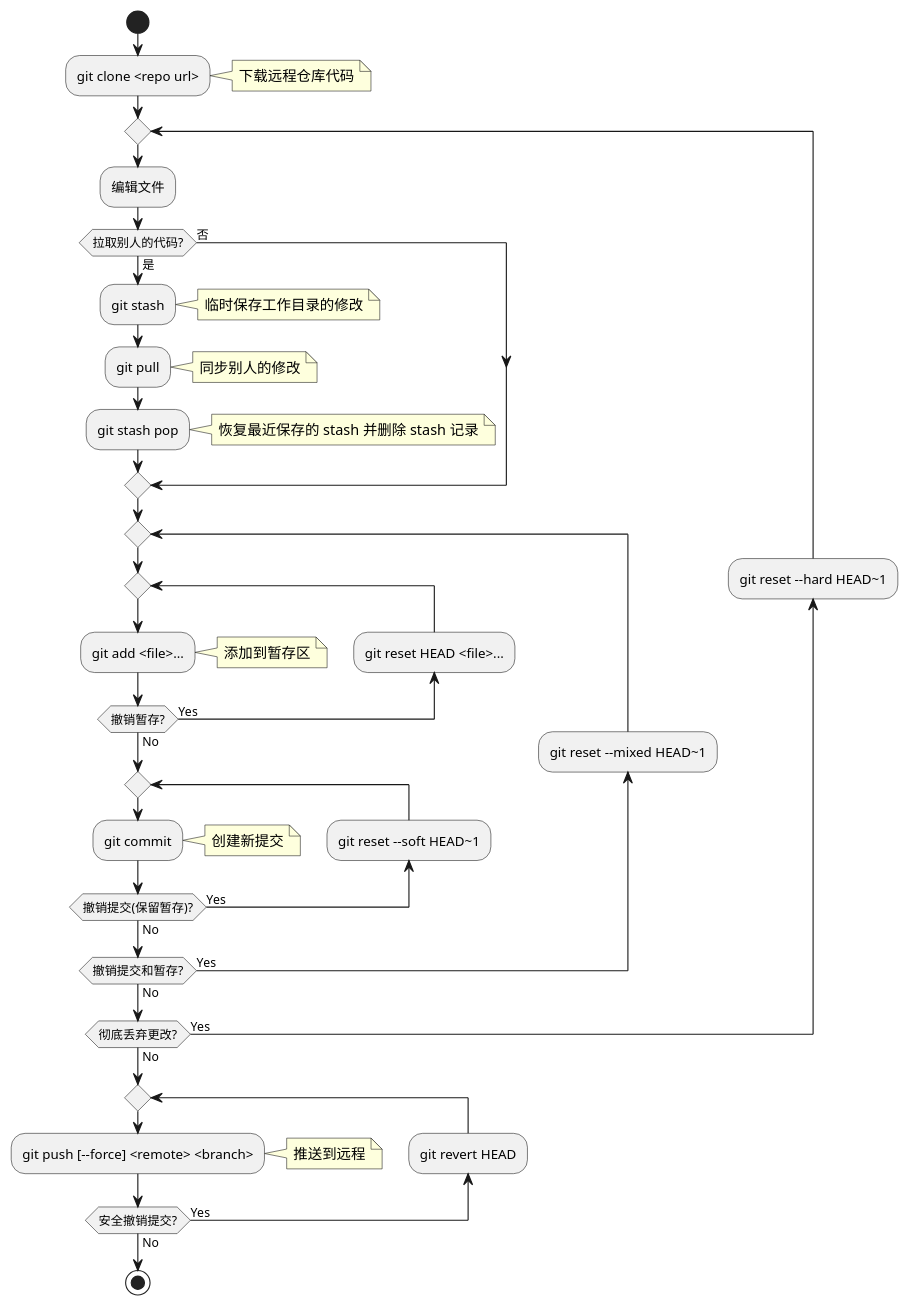
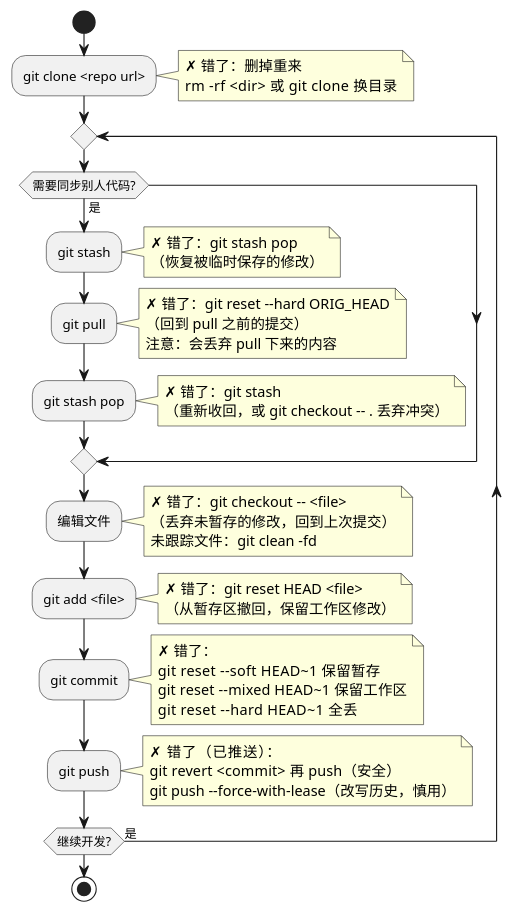
Before and after one commit to zhyantao/docs: the diagram in docs/cli/git.md, drawn with PlantUML.

Commit message:
Enhance git.md with error handling notes
Updated notes in the Git workflow diagram to include error handling and commands for common mistakes.

````diff
--- a/docs/cli/git.md
+++ b/docs/cli/git.md
@@ -77,51 +77,66 @@
 ```{uml}
 @startuml
 start
 
 :git clone <repo url>;
-note right:下载远程仓库代码
+note right
+  ✗ 错了：删掉重来
+  rm -rf <dir>  或  git clone 换目录
+end note
 
 repeat
-  :编辑文件;
 
-  if (拉取别人的代码?) then (否)
-  else (是)
+  if (需要同步别人代码?) then (是)
     :git stash;
-    note right:临时保存工作目录的修改
+    note right
+      ✗ 错了：git stash pop
+      （恢复被临时保存的修改）
+    end note
+
     :git pull;
-    note right:同步别人的修改
+    note right
+      ✗ 错了：git reset --hard ORIG_HEAD
+      （回到 pull 之前的提交）
+      注意：会丢弃 pull 下来的内容
+    end note
+
     :git stash pop;
-    note right:恢复最近保存的 stash 并删除 stash 记录
+    note right
+      ✗ 错了：git stash
+      （重新收回，或 git checkout -- . 丢弃冲突）
+    end note
   endif
 
-  repeat
-    repeat
-      :git add <file>...;
-      note right:添加到暂存区
+  :编辑文件;
+  note right
+    ✗ 错了：git checkout -- <file>
+    （丢弃未暂存的修改，回到上次提交）
+    未跟踪文件：git clean -fd
+  end note
 
-      backward:git reset HEAD <file>...;
-    repeat while (撤销暂存?) is (Yes) not (No)
+  :git add <file>;
+  note right
+    ✗ 错了：git reset HEAD <file>
+    （从暂存区撤回，保留工作区修改）
+  end note
 
-    repeat
-      :git commit;
-      note right:创建新提交
+  :git commit;
+  note right
+    ✗ 错了：
+    git reset --soft HEAD~1   保留暂存
+    git reset --mixed HEAD~1  保留工作区
+    git reset --hard HEAD~1   全丢
+  end note
 
-      backward:git reset --soft HEAD~1;
-    repeat while (撤销提交(保留暂存)?) is (Yes) not (No)
+  :git push;
+  note right
+    ✗ 错了（已推送）：
+    git revert <commit>  再 push（安全）
+    git push --force-with-lease（改写历史，慎用）
+  end note
 
-    backward:git reset --mixed HEAD~1;
-  repeat while (撤销提交和暂存?) is (Yes) not (No)
-
-  backward:git reset --hard HEAD~1;
-repeat while (彻底丢弃更改?) is (Yes) not (No)
-
-repeat
-  :git push [--force] <remote> <branch>;
-  note right:推送到远程
-
-  backward:git revert HEAD;
-repeat while (安全撤销提交?) is (Yes) not (No)
+repeat while (继续开发?) is (是)
 
 stop
 @enduml
 ```
````
